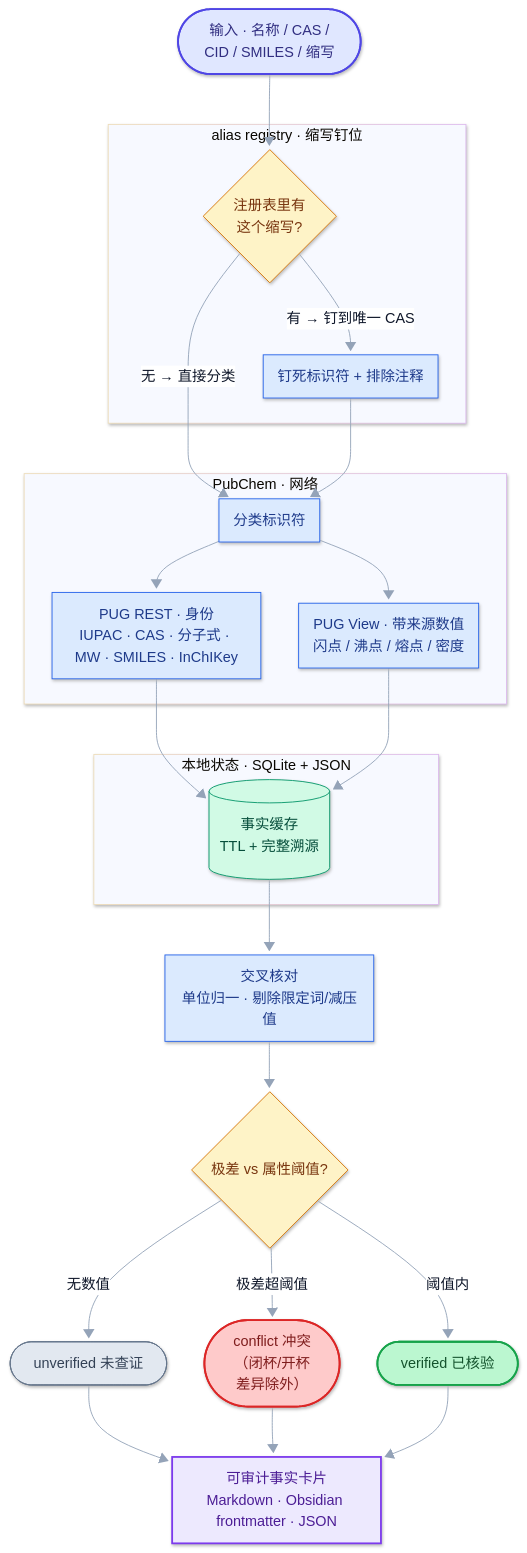
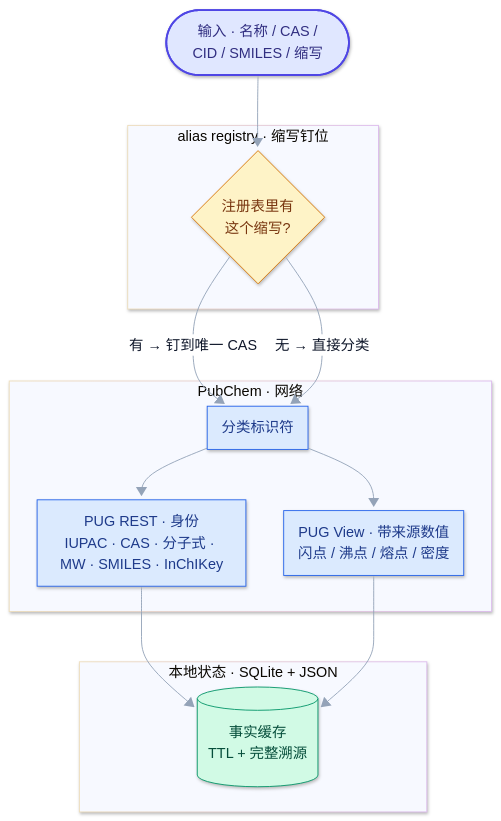
Before and after one commit to CL4Y68/chemfacts: the first of 5 diagrams in README_zh.md, drawn with Mermaid. The commit also changed other lines of this file and 1 other file, not shown here.

First line of the commit message:
diagrams: split the 10-rank pipeline into two short diagrams (readable at page width)

````diff
--- a/README_zh.md
+++ b/README_zh.md
@@ -29,41 +29,31 @@
 ```mermaid
 %%{init: {"look": "neo", "theme": "base", "themeVariables": {"lineColor": "#94a3b8", "primaryTextColor": "#0f172a", "edgeLabelBackground": "#ffffff"}, "flowchart": {"curve": "basis", "htmlLabels": true, "nodeSpacing": 42, "rankSpacing": 56, "padding": 10}} }%%
 flowchart TD
     A(["输入 · 名称 / CAS /<br/>CID / SMILES / 缩写"]):::io --> B
 
     subgraph REG["alias registry · 缩写钉位"]
         B{"注册表里有<br/>这个缩写?"}:::decide
-        B -- "有 → 钉到唯一 CAS" --> C["钉死标识符 + 排除注释"]:::proc
     end
-    B -- "无 → 直接分类" --> D["分类标识符"]:::proc
-    C --> D
+    B -- "有 → 钉到唯一 CAS" --> D["分类标识符"]:::proc
+    B -- "无 → 直接分类" --> D
 
     subgraph PUB["PubChem · 网络"]
         D --> E["PUG REST · 身份<br/>IUPAC · CAS · 分子式 · MW · SMILES · InChIKey"]:::proc
         D --> F["PUG View · 带来源数值<br/>闪点 / 沸点 / 熔点 / 密度"]:::proc
     end
 
     subgraph LOCAL["本地状态 · SQLite + JSON"]
         E --> G[("事实缓存<br/>TTL + 完整溯源")]:::store
         F --> G
     end
-
-    G --> H["交叉核对<br/>单位归一 · 剔除限定词/减压值"]:::proc
-    H --> I{"极差 vs 属性阈值?"}:::decide
-    I -- "无数值" --> J(["unverified 未查证"]):::plain
-    I -- "极差超阈值" --> K(["conflict 冲突<br/>（闭杯/开杯<br/>差异除外）"]):::warn
-    I -- "阈值内" --> L(["verified 已核验"]):::ok
-    J --> M["可审计事实卡片<br/>Markdown · Obsidian frontmatter · JSON"]:::card
-    K --> M
-    L --> M
     classDef io      fill:#e0e7ff,stroke:#4f46e5,stroke-width:2px,color:#312e81
     classDef proc    fill:#dbeafe,stroke:#2563eb,color:#1e3a8a
     classDef decide  fill:#fef3c7,stroke:#d97706,color:#78350f
     classDef store   fill:#d1fae5,stroke:#059669,color:#064e3b
     classDef ok      fill:#bbf7d0,stroke:#16a34a,stroke-width:2px,color:#14532d
     classDef warn    fill:#fecaca,stroke:#dc2626,stroke-width:2px,color:#7f1d1d
     classDef plain   fill:#e2e8f0,stroke:#64748b,color:#334155
     classDef card   fill:#ede9fe,stroke:#7c3aed,stroke-width:2px,color:#4c1d95
     classDef mcp    fill:#cffafe,stroke:#0891b2,color:#164e63
     classDef ext    fill:#f8fafc,stroke:#94a3b8,stroke-dasharray:5 4,color:#475569
 ```
````
